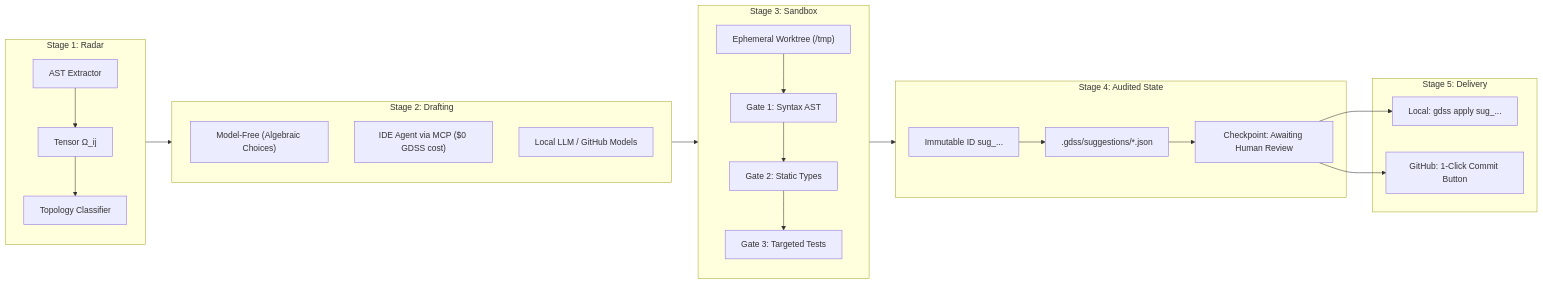
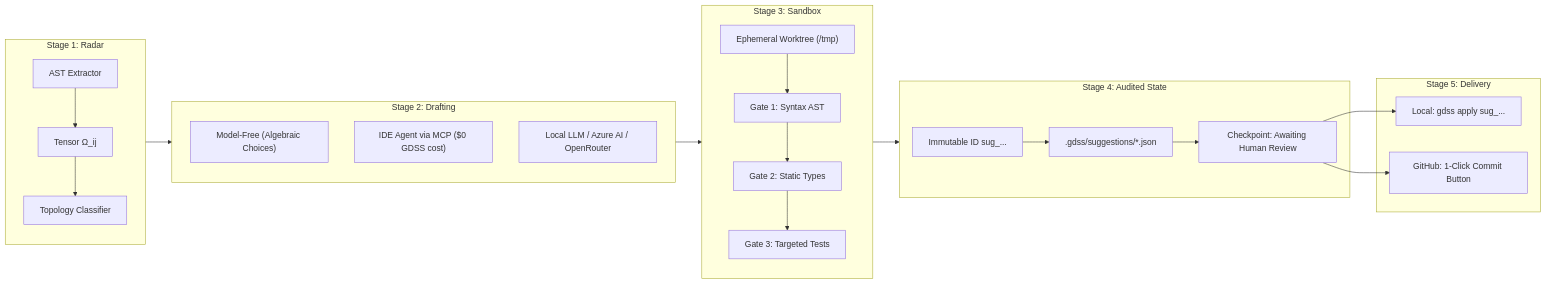
Before and after one commit to Sarthak2233/GDSS: the second of 2 diagrams in docs/SUGGESTION_AND_CONVERGENCE_GUIDE.md, drawn with Mermaid. The commit also changed other lines of this file and 23 other files, not shown here.

Commit message:
feat(ai): purge retired GitHub Models, add Azure AI Foundry and Copilot CLI provider with strict tool denial

````diff
--- a/docs/SUGGESTION_AND_CONVERGENCE_GUIDE.md
+++ b/docs/SUGGESTION_AND_CONVERGENCE_GUIDE.md
@@ -153,43 +153,43 @@
 ```mermaid
 flowchart LR
     subgraph S1 ["Stage 1: Radar"]
         AST["AST Extractor"]
         Omega["Tensor Ω_ij"]
         Topo["Topology Classifier"]
         AST --> Omega --> Topo
     end
 
     subgraph S2 ["Stage 2: Drafting"]
         direction TB
         MF["Model-Free (Algebraic Choices)"]
         IDE["IDE Agent via MCP ($0 GDSS cost)"]
-        LLM["Local LLM / GitHub Models"]
+        LLM["Local LLM / Azure AI / OpenRouter"]
     end
 
     subgraph S3 ["Stage 3: Sandbox"]
         direction TB
         Worktree["Ephemeral Worktree (/tmp)"]
         Syn["Gate 1: Syntax AST"]
         Type["Gate 2: Static Types"]
         Test["Gate 3: Targeted Tests"]
         Worktree --> Syn --> Type --> Test
     end
 
     subgraph S4 ["Stage 4: Audited State"]
         ID["Immutable ID sug_..."]
         Store[".gdss/suggestions/*.json"]
         Check["Checkpoint: Awaiting Human Review"]
         ID --> Store --> Check
     end
 
     subgraph S5 ["Stage 5: Delivery"]
         CLI["Local: gdss apply sug_..."]
         GHA["GitHub: 1-Click Commit Button"]
     end
 
     S1 --> S2
     S2 --> S3
     S3 --> S4
     Check --> CLI
     Check --> GHA
 ```
````
